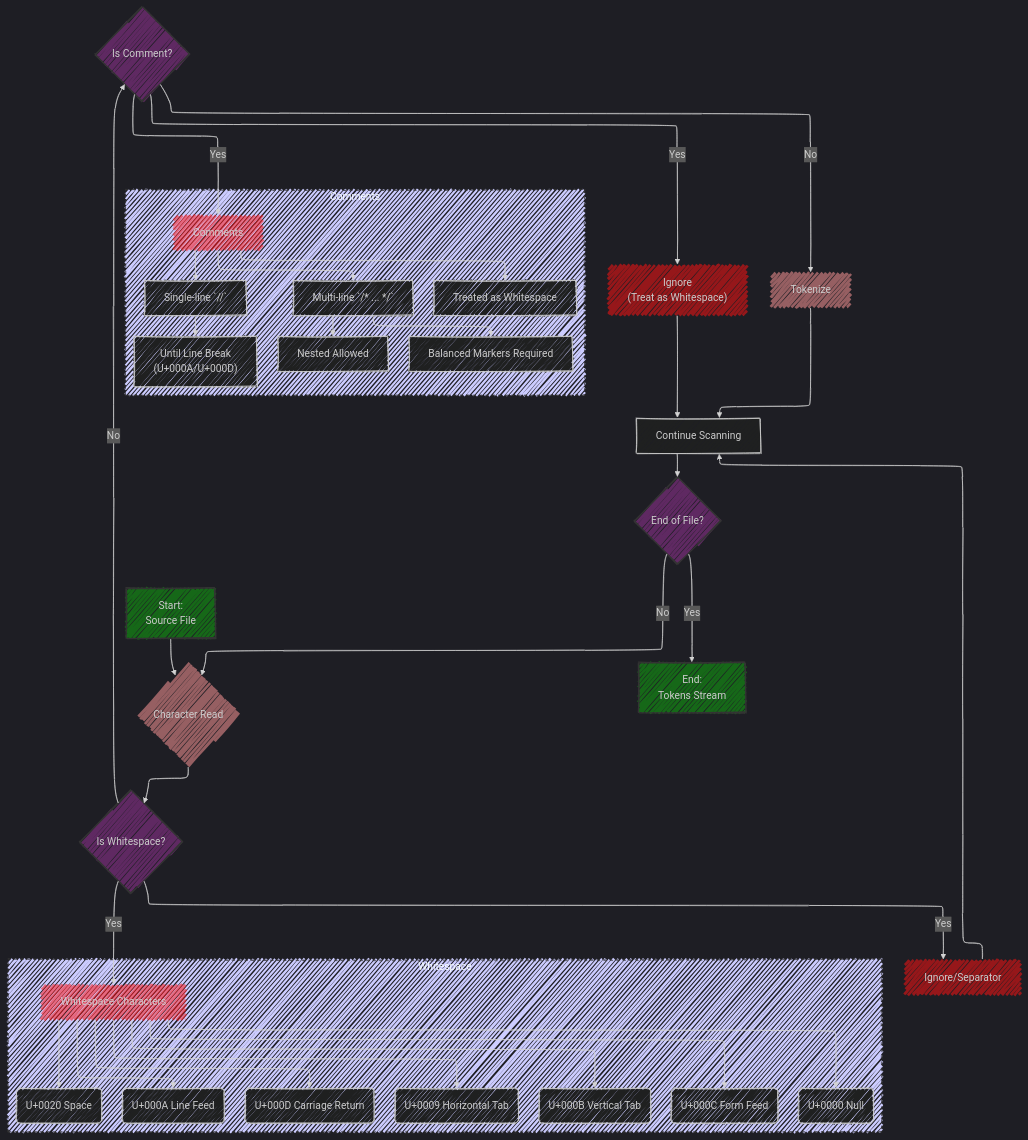
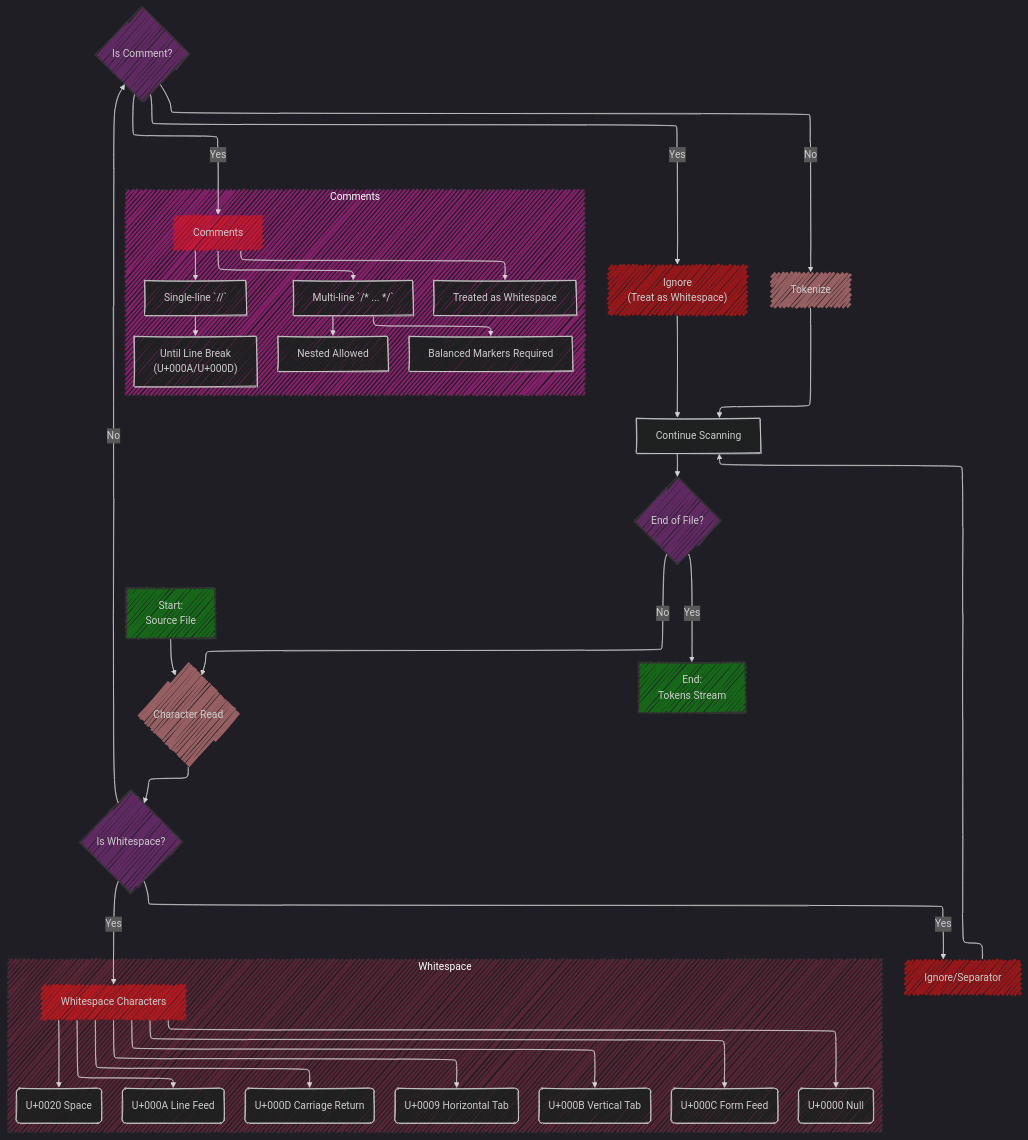
Before and after one commit to CongLeSolutionX/iOS-development-vault: the second of 7 diagrams in Swift_book/Lexical_Structure_V2.md, drawn with Mermaid.

Commit message:
update color

```diff
--- a/Swift_book/Lexical_Structure_V2.md
+++ b/Swift_book/Lexical_Structure_V2.md
@@ -118,7 +118,7 @@
 
 
     subgraph Whitespace
-    style Whitespace fill:#ccf,stroke:#333,stroke-width:1px,stroke-dasharray:5 5
+    style Whitespace fill:#c355,stroke:#333,stroke-width:1px,stroke-dasharray:5 5
         W --> WA
         W --> WB
         W --> WC
@@ -129,7 +129,7 @@
     end
 
     subgraph Comments
-    style Comments fill:#ccf,stroke:#333,stroke-width:1px,stroke-dasharray:5 5
+    style Comments fill:#c299,stroke:#333,stroke-width:1px,stroke-dasharray:5 5
         CM --> CMA
         CMA --> CMA1
         CM --> CMB
```
